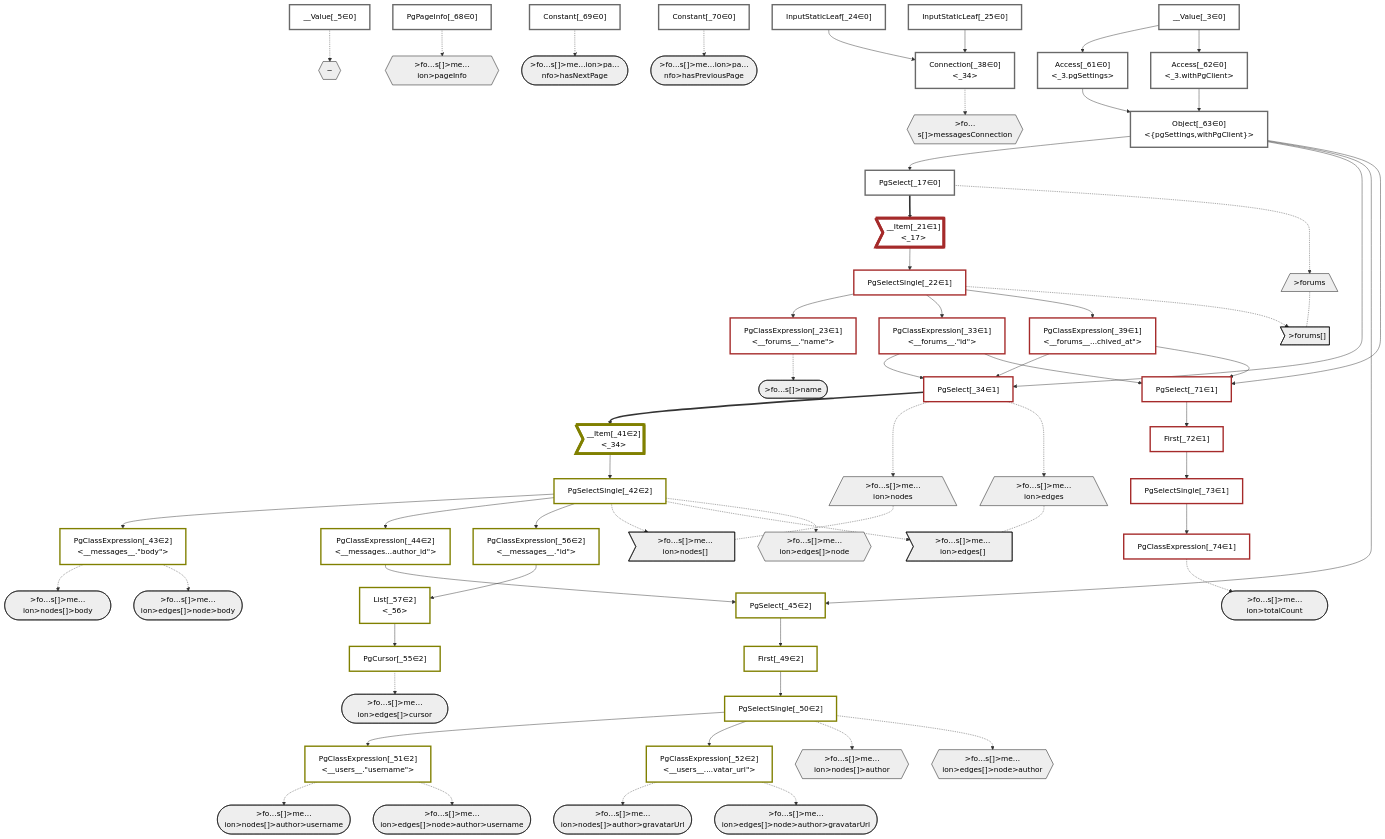
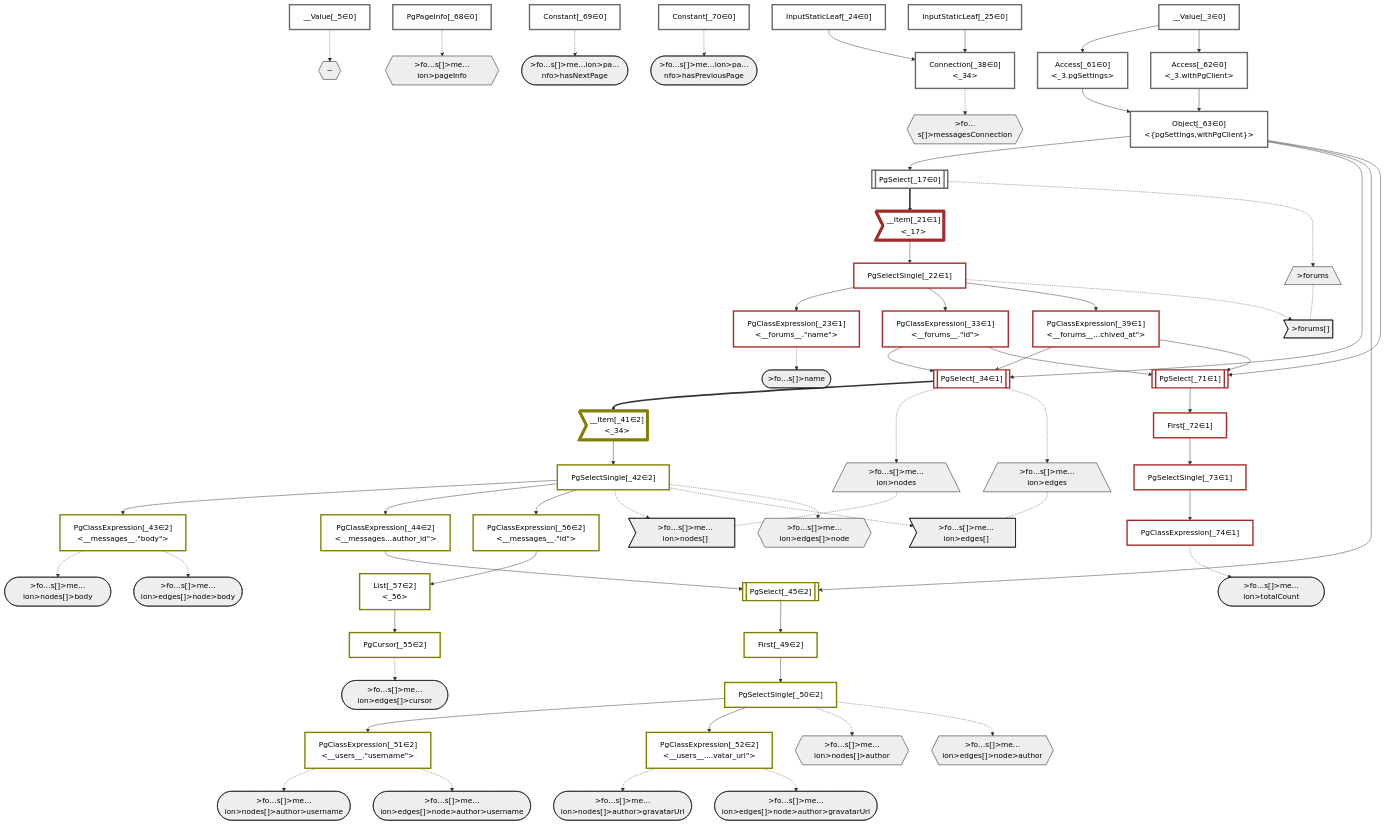
Before and after one commit to graphile/crystal: the diagram in packages/dataplan-pg/__tests__/queries/conditions/archived-forum-inherited-messages.defer-5.deopt.mermaid.md, drawn with Mermaid. The commit also changed 195 other files, not shown here.

```diff
--- a/packages/dataplan-pg/__tests__/queries/conditions/archived-forum-inherited-messages.defer-5.deopt.mermaid.md
+++ b/packages/dataplan-pg/__tests__/queries/conditions/archived-forum-inherited-messages.defer-5.deopt.mermaid.md
@@ -56,21 +56,21 @@
     %% define plans
     __Value_3["__Value[_3∈0]<br /><context>"]:::plan
     __Value_5["__Value[_5∈0]<br /><rootValue>"]:::plan
-    PgSelect_17["PgSelect[_17∈0]<br /><forums>"]:::plan
+    PgSelect_17[["PgSelect[_17∈0]<br /><forums>"]]:::plan
     __Item_21>"__Item[_21∈1]<br /><_17>"]:::itemplan
     PgSelectSingle_22["PgSelectSingle[_22∈1]<br /><forums>"]:::plan
     PgClassExpression_23["PgClassExpression[_23∈1]<br /><__forums__.#quot;name#quot;>"]:::plan
     InputStaticLeaf_24["InputStaticLeaf[_24∈0]"]:::plan
     InputStaticLeaf_25["InputStaticLeaf[_25∈0]"]:::plan
     PgClassExpression_33["PgClassExpression[_33∈1]<br /><__forums__.#quot;id#quot;>"]:::plan
-    PgSelect_34["PgSelect[_34∈1]<br /><messages>"]:::plan
+    PgSelect_34[["PgSelect[_34∈1]<br /><messages>"]]:::plan
     Connection_38["Connection[_38∈0]<br /><_34>"]:::plan
     PgClassExpression_39["PgClassExpression[_39∈1]<br /><__forums__...chived_at#quot;>"]:::plan
     __Item_41>"__Item[_41∈2]<br /><_34>"]:::itemplan
     PgSelectSingle_42["PgSelectSingle[_42∈2]<br /><messages>"]:::plan
     PgClassExpression_43["PgClassExpression[_43∈2]<br /><__messages__.#quot;body#quot;>"]:::plan
     PgClassExpression_44["PgClassExpression[_44∈2]<br /><__messages...author_id#quot;>"]:::plan
-    PgSelect_45["PgSelect[_45∈2]<br /><users>"]:::plan
+    PgSelect_45[["PgSelect[_45∈2]<br /><users>"]]:::plan
     First_49["First[_49∈2]"]:::plan
     PgSelectSingle_50["PgSelectSingle[_50∈2]<br /><users>"]:::plan
     PgClassExpression_51["PgClassExpression[_51∈2]<br /><__users__.#quot;username#quot;>"]:::plan
@@ -84,7 +84,7 @@
     PgPageInfo_68["PgPageInfo[_68∈0]"]:::plan
     Constant_69["Constant[_69∈0]"]:::plan
     Constant_70["Constant[_70∈0]"]:::plan
-    PgSelect_71["PgSelect[_71∈1]<br /><messages>"]:::plan
+    PgSelect_71[["PgSelect[_71∈1]<br /><messages>"]]:::plan
     First_72["First[_72∈1]"]:::plan
     PgSelectSingle_73["PgSelectSingle[_73∈1]<br /><messages>"]:::plan
     PgClassExpression_74["PgClassExpression[_74∈1]<br /><count(*)>"]:::plan
```
